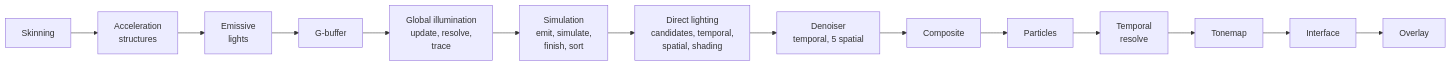
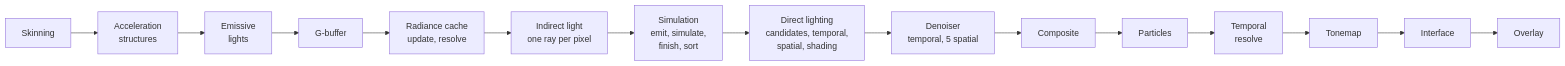
One commit to SBXdev3D/daidalos-engine-next changed the ninth of 12 diagrams in docs/ARCHITECTURE.md. Above: the diagram before and after it, drawn with Mermaid. The commit also changed other lines of this file and 19 other files, not shown here.

````diff
--- a/docs/ARCHITECTURE.md
+++ b/docs/ARCHITECTURE.md
@@ -212,4 +213,4 @@
 ```mermaid
 flowchart LR
-    SK["Skinning"] --> AS["Acceleration<br/>structures"] --> EL["Emissive<br/>lights"] --> PP["G-buffer"] --> GI["Global illumination<br/>update, resolve,<br/>trace"] --> SI["Simulation<br/>emit, simulate,<br/>finish, sort"] --> ME["Direct lighting<br/>candidates, temporal,<br/>spatial, shading"] --> DN["Denoiser<br/>temporal, 5 spatial"] --> CO["Composite"] --> PA["Particles"] --> TR["Temporal<br/>resolve"] --> TO["Tonemap"] --> UI["Interface"] --> OV["Overlay"]
+    SK["Skinning"] --> AS["Acceleration<br/>structures"] --> EL["Emissive<br/>lights"] --> PP["G-buffer"] --> GI["Radiance cache<br/>update, resolve"] --> IL["Indirect light<br/>one ray per pixel"] --> SI["Simulation<br/>emit, simulate,<br/>finish, sort"] --> ME["Direct lighting<br/>candidates, temporal,<br/>spatial, shading"] --> DN["Denoiser<br/>temporal, 5 spatial"] --> CO["Composite"] --> PA["Particles"] --> TR["Temporal<br/>resolve"] --> TO["Tonemap"] --> UI["Interface"] --> OV["Overlay"]
 ```
````
